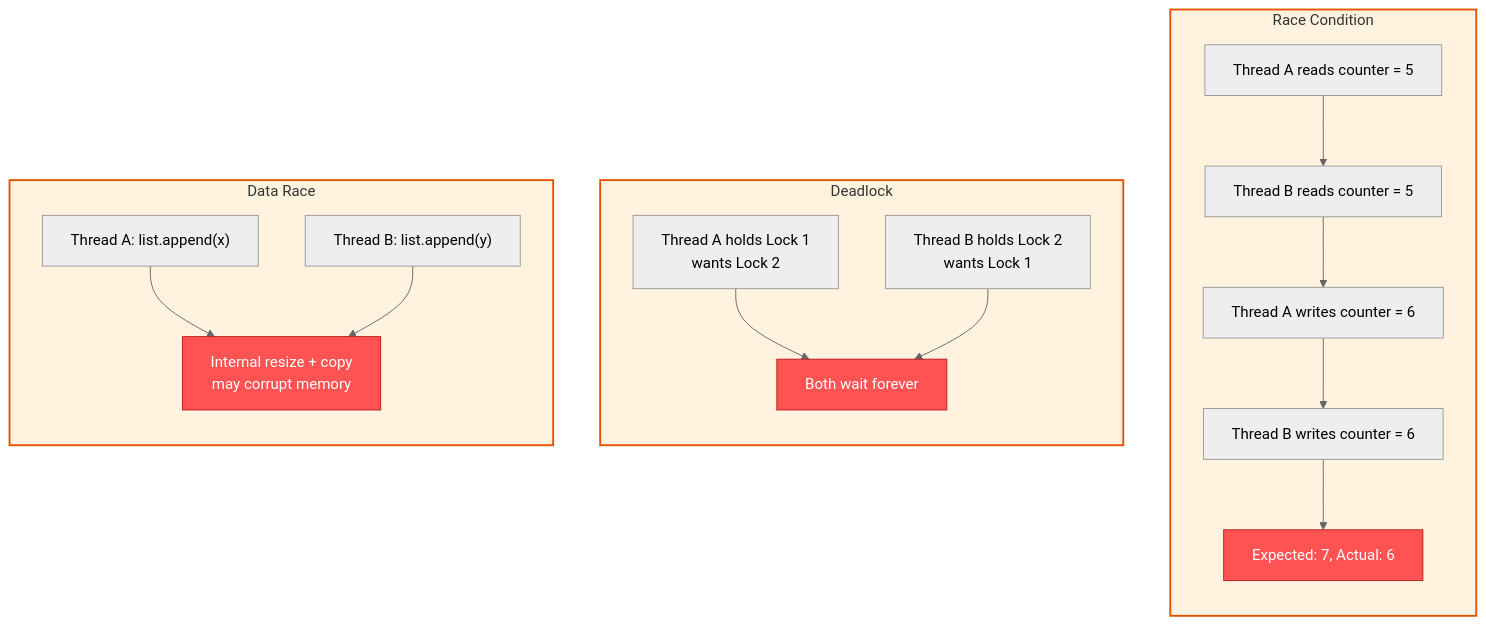
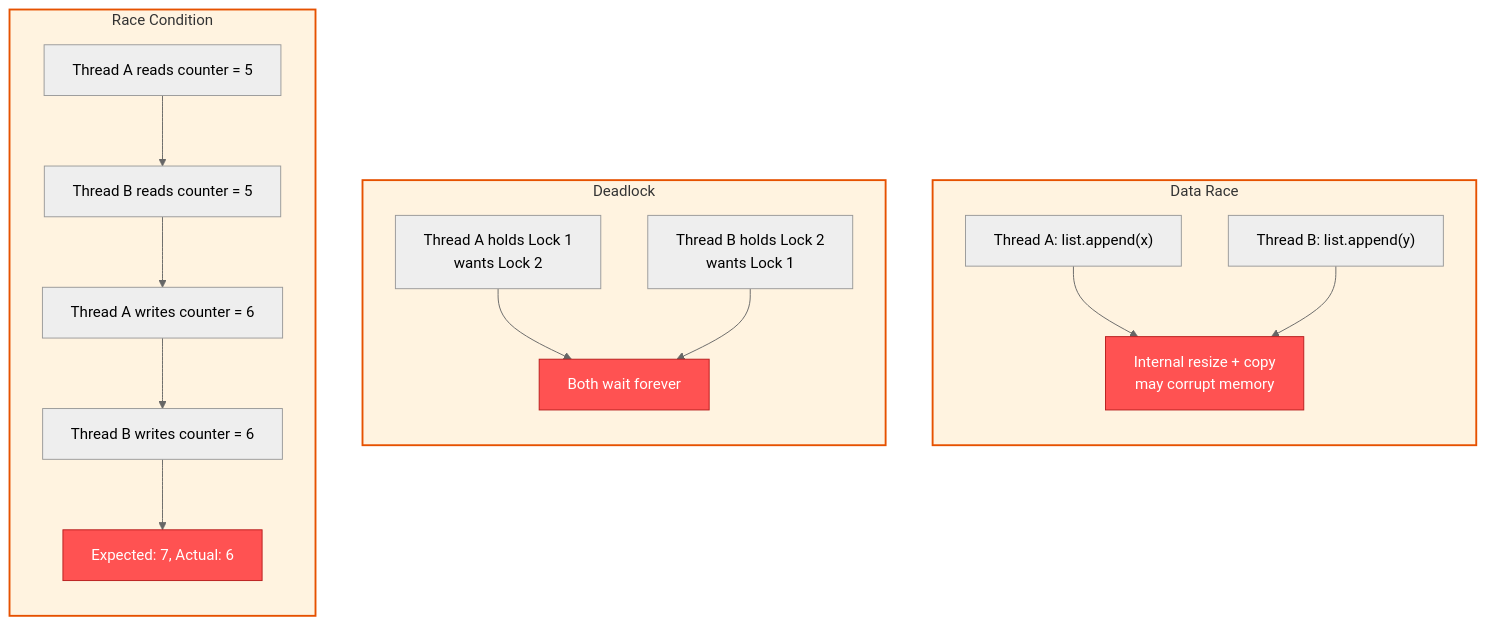
Before and after one commit to tmnestor/LMM_POC: the fourth of 12 diagrams in docs/threads_processes_and_thread_safety.md, drawn with Mermaid (neutral theme). The commit also changed other lines of this file and 13 other files, not shown here.

Commit message:
✨ feat: add high-res 3840x2160 PNG slides for thread safety diagrams

````diff
--- a/docs/threads_processes_and_thread_safety.md
+++ b/docs/threads_processes_and_thread_safety.md
@@ -198,37 +200,41 @@
 ```mermaid
-flowchart TB
+flowchart LR
     subgraph RACE["Race Condition"]
         direction TB
         R1["Thread A reads counter = 5"]
         R2["Thread B reads counter = 5"]
         R3["Thread A writes counter = 6"]
         R4["Thread B writes counter = 6"]
         R5["Expected: 7, Actual: 6"]
         R1 --> R2 --> R3 --> R4 --> R5
     end
 
+    RACE ~~~DEAD
+
     subgraph DEAD["Deadlock"]
         direction TB
         D1["Thread A holds Lock 1<br/>wants Lock 2"]
         D2["Thread B holds Lock 2<br/>wants Lock 1"]
         D3["Both wait forever"]
         D1 --> D3
         D2 --> D3
     end
+
+    DEAD ~~~DATA
 
     subgraph DATA["Data Race"]
         direction TB
         X1["Thread A: list.append(x)"]
         X2["Thread B: list.append(y)"]
         X3["Internal resize + copy<br/>may corrupt memory"]
         X1 --> X3
         X2 --> X3
     end
 
     style R5 fill:#FF5252,color:#fff,stroke:#B71C1C
     style D3 fill:#FF5252,color:#fff,stroke:#B71C1C
     style X3 fill:#FF5252,color:#fff,stroke:#B71C1C
     style RACE fill:#FFF3E0,stroke:#E65100,stroke-width:2px
     style DEAD fill:#FFF3E0,stroke:#E65100,stroke-width:2px
     style DATA fill:#FFF3E0,stroke:#E65100,stroke-width:2px
 ```
````
